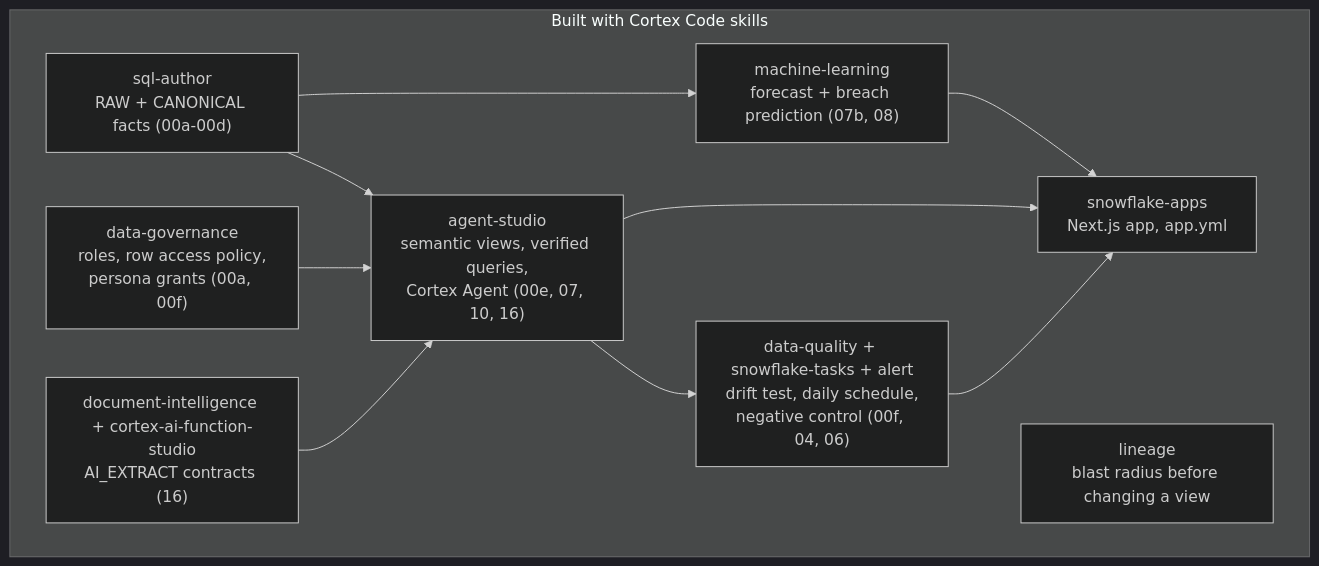
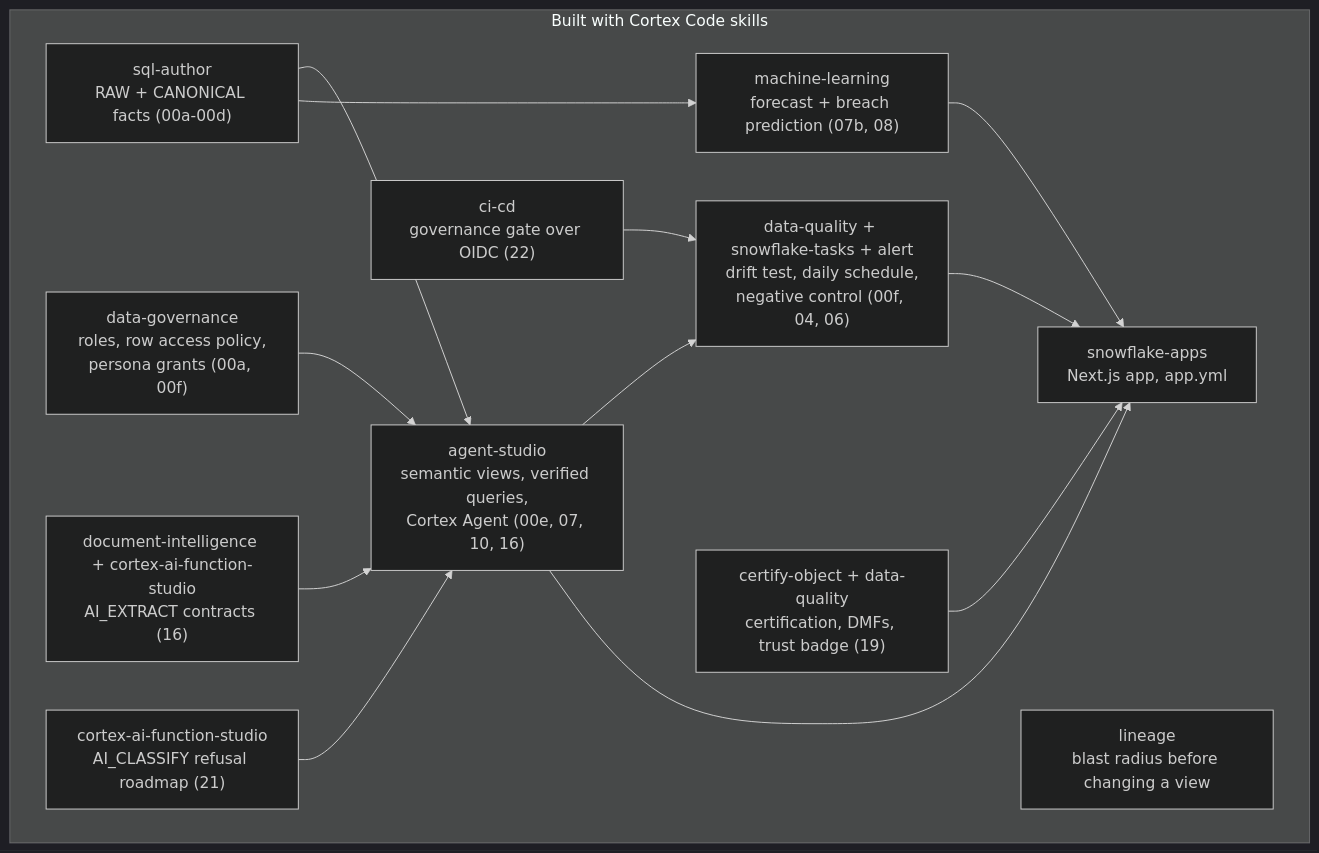
Before and after one commit to mahanteshimath/sc-ontology-app: the third of 3 diagrams in README.md, drawn with Mermaid (dark theme). The commit also changed other lines of this file and 38 other files, not shown here.

First line of the commit message:
feat: voice input, trust signals, SCOR alignment, MCP server, CI gate, OWL export

````diff
--- a/README.md
+++ b/README.md
@@ -370,21 +411,27 @@
 ```mermaid
 flowchart TB
   subgraph build [Built with Cortex Code skills]
     K1["sql-author<br/>RAW + CANONICAL facts (00a-00d)"]
     K2["agent-studio<br/>semantic views, verified queries,<br/>Cortex Agent (00e, 07, 10, 16)"]
     K3["data-governance<br/>roles, row access policy,<br/>persona grants (00a, 00f)"]
     K4["data-quality + snowflake-tasks + alert<br/>drift test, daily schedule,<br/>negative control (00f, 04, 06)"]
     K5["machine-learning<br/>forecast + breach prediction (07b, 08)"]
     K6["document-intelligence + cortex-ai-function-studio<br/>AI_EXTRACT contracts (16)"]
     K7["lineage<br/>blast radius before changing a view"]
     K8["snowflake-apps<br/>Next.js app, app.yml"]
+    K9["certify-object + data-quality<br/>certification, DMFs, trust badge (19)"]
+    K10["cortex-ai-function-studio<br/>AI_CLASSIFY refusal roadmap (21)"]
+    K11["ci-cd<br/>governance gate over OIDC (22)"]
   end
   K1 --> K2
   K3 --> K2
   K2 --> K4
   K1 --> K5
   K6 --> K2
   K2 --> K8
   K4 --> K8
   K5 --> K8
+  K9 --> K8
+  K10 --> K2
+  K11 --> K4
 ```
````
